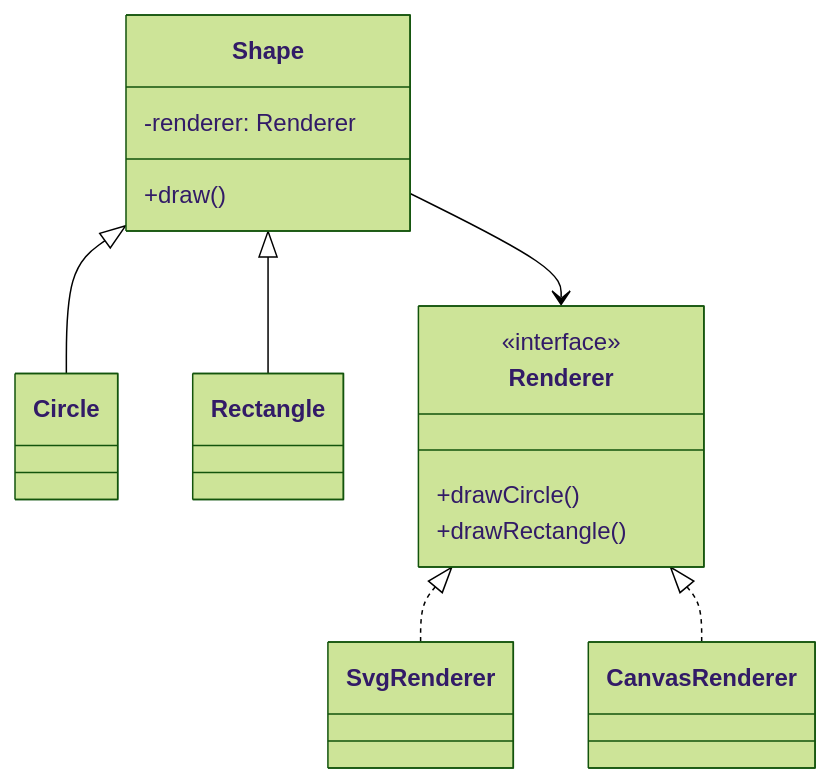
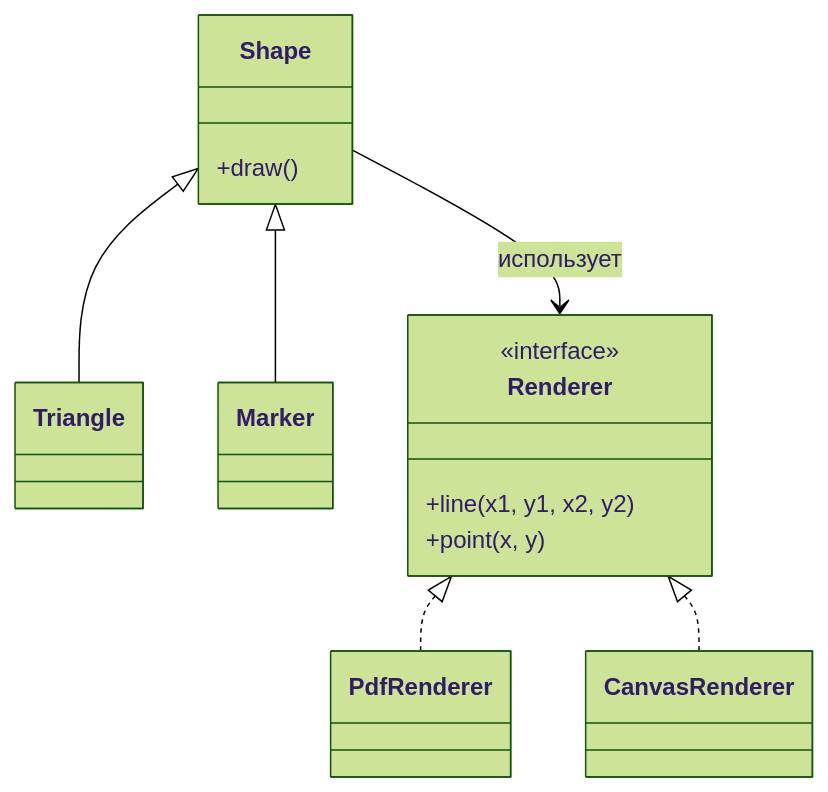
Before and after one commit to Kert0n/KPO: the sixth of 7 diagrams in content/lectures/Lec6/vitepress.md, drawn with Mermaid (forest theme). The commit also changed other lines of this file, not shown here.

````diff
--- a/content/lectures/Lec6/vitepress.md
+++ b/content/lectures/Lec6/vitepress.md
@@ -1465,22 +1024,18 @@
 ```mermaid
 classDiagram
   class Shape {
-    -renderer: Renderer
     +draw()
   }
-  class Circle
-  class Rectangle
+  class Triangle
+  class Marker
   class Renderer {
     <<interface>>
-    +drawCircle()
-    +drawRectangle()
+    +line(x1, y1, x2, y2)
+    +point(x, y)
   }
-  class SvgRenderer
-  class CanvasRenderer
-
-  Shape <|-- Circle
-  Shape <|-- Rectangle
-  Shape --> Renderer
-  Renderer <|.. SvgRenderer
+  Shape <|-- Triangle
+  Shape <|-- Marker
+  Shape --> Renderer : использует
+  Renderer <|.. PdfRenderer
   Renderer <|.. CanvasRenderer
 ```
````
